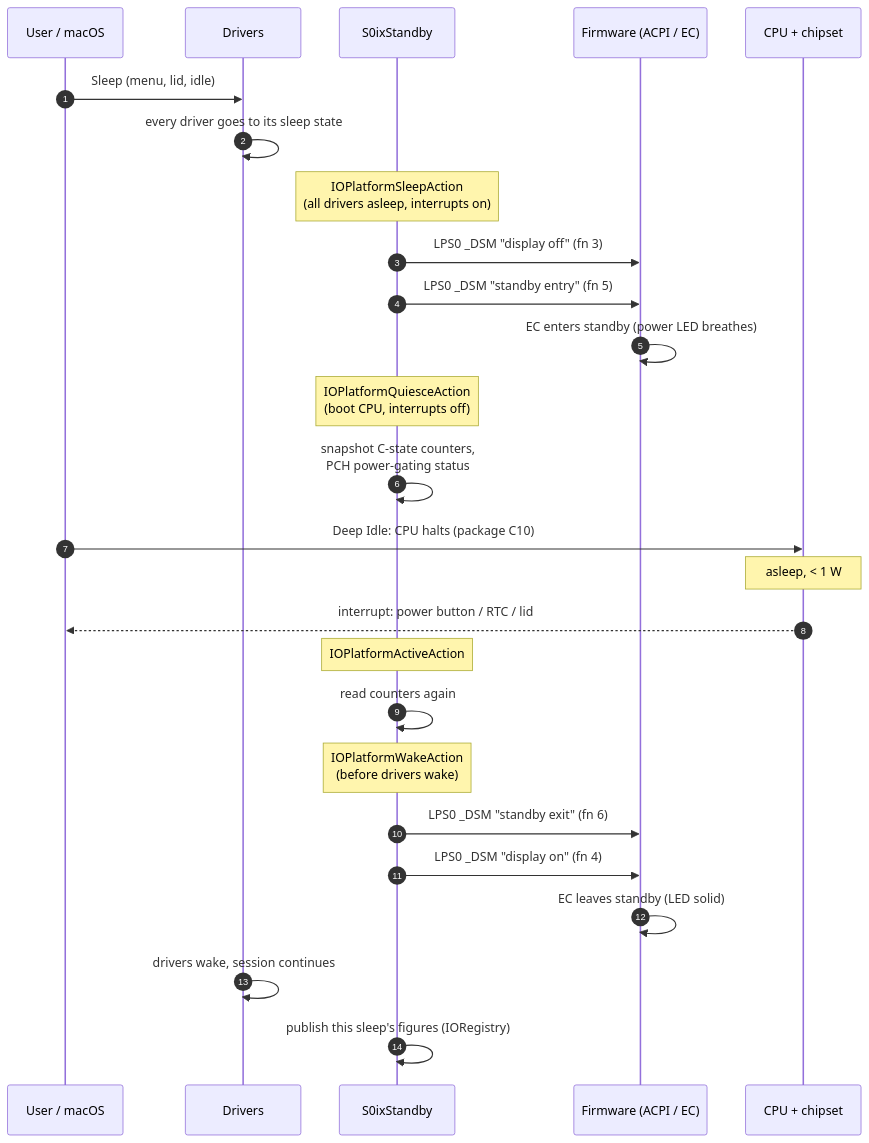
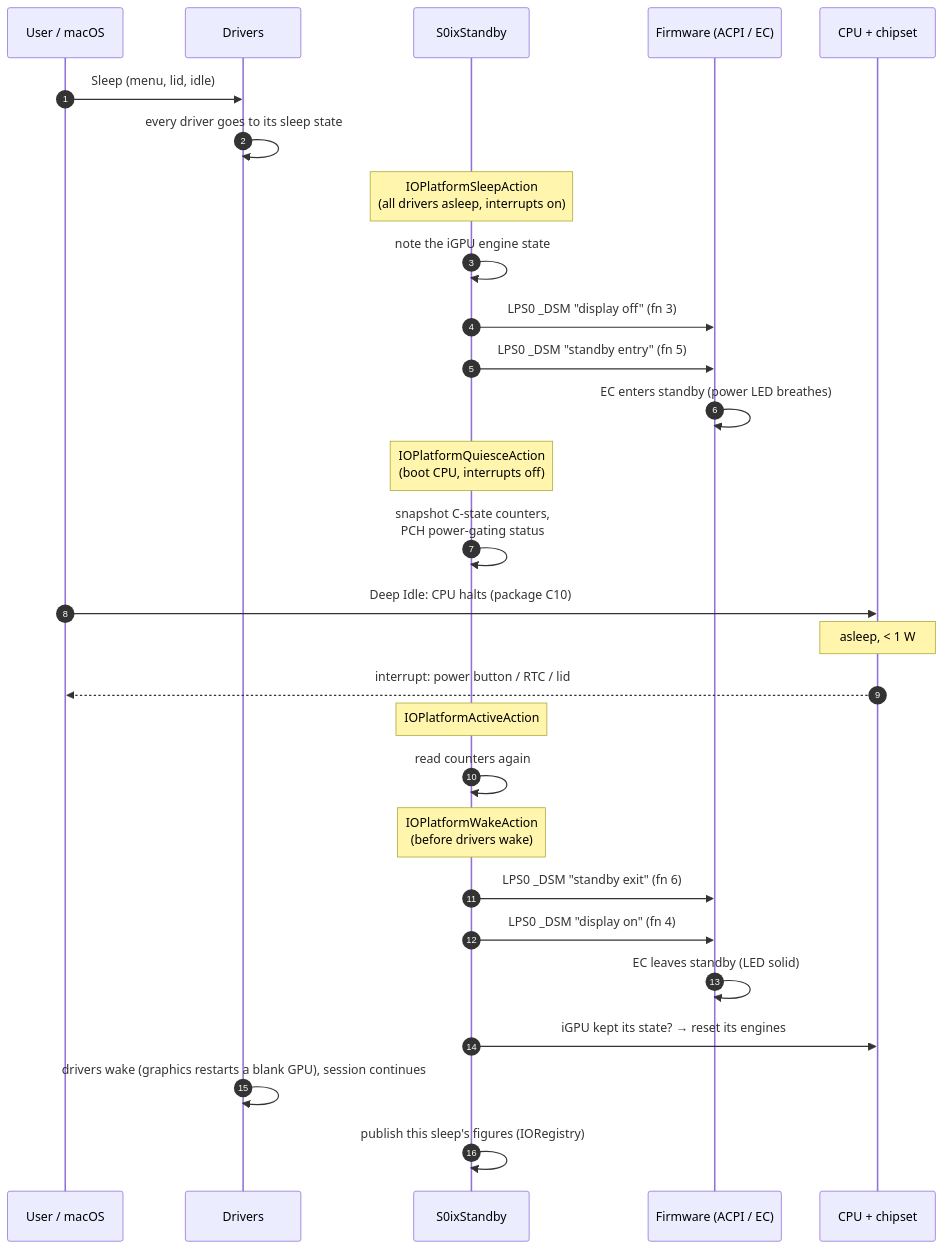
One commit to labrouss/S0ixStandby changed the diagram in docs/HOW-IT-WORKS.md. Above: the diagram before and after it, drawn with Mermaid. The commit also changed other lines of this file and 4 other files, not shown here.

````diff
--- a/docs/HOW-IT-WORKS.md
+++ b/docs/HOW-IT-WORKS.md
@@ -37,29 +37,31 @@
 ```mermaid
 sequenceDiagram
     autonumber
     participant U as User / macOS
     participant D as Drivers
     participant K as S0ixStandby
     participant F as Firmware (ACPI / EC)
     participant C as CPU + chipset
 
     U->>D: Sleep (menu, lid, idle)
     D->>D: every driver goes to its sleep state
     Note over K: IOPlatformSleepAction<br/>(all drivers asleep, interrupts on)
+    K->>K: note the iGPU engine state
     K->>F: LPS0 _DSM "display off" (fn 3)
     K->>F: LPS0 _DSM "standby entry" (fn 5)
     F->>F: EC enters standby (power LED breathes)
     Note over K: IOPlatformQuiesceAction<br/>(boot CPU, interrupts off)
     K->>K: snapshot C-state counters,<br/>PCH power-gating status
     U->>C: Deep Idle: CPU halts (package C10)
     Note over C: asleep, < 1 W
     C-->>U: interrupt: power button / RTC / lid
     Note over K: IOPlatformActiveAction
     K->>K: read counters again
     Note over K: IOPlatformWakeAction<br/>(before drivers wake)
     K->>F: LPS0 _DSM "standby exit" (fn 6)
     K->>F: LPS0 _DSM "display on" (fn 4)
     F->>F: EC leaves standby (LED solid)
-    D->>D: drivers wake, session continues
+    K->>C: iGPU kept its state? → reset its engines
+    D->>D: drivers wake (graphics restarts a blank GPU), session continues
     K->>K: publish this sleep's figures (IORegistry)
 ```
````
